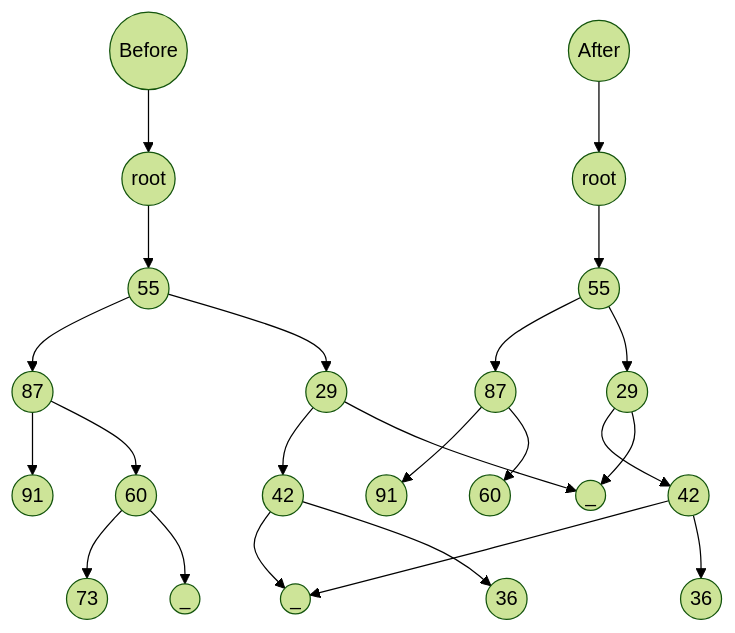
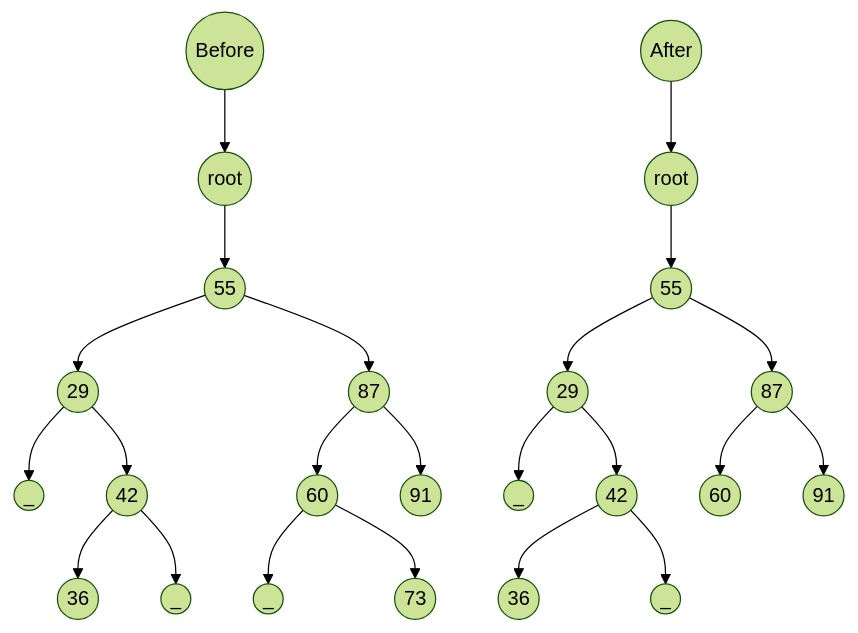
Before and after one commit to jayshozie/ceng301: diagram 11 of 11 in lecture-notes/w07.md, drawn with Mermaid (forest theme).

Commit message:
nrt in w07

````diff
--- a/lecture-notes/w07.md
+++ b/lecture-notes/w07.md
@@ -778,30 +778,30 @@
 ```mermaid
 graph TB
 
 Z((Before)) --> A1((root))
 A1 --> B1((55))
 
 B1 --> C1((29))
 C1 --> E0((_))
 C1 --> F1((42))
 F1 --> G1((36))
 F1 --> E1((_))
 
 B1 --> D1((87))
 D1 --> H1((60))
 H1 --> E2((_))
 H1 --> I1((73))
 D1 --> J1((91))
 
 Y((After)) --> A2((root))
 A2 --> B2((55))
 B2 --> C2((29))
-C2 --> E0((_))
+C2 --> E3((_))
 C2 --> F2((42))
 F2 --> G2((36))
-F2 --> E1((_))
+F2 --> E4((_))
 
 B2 --> D2((87))
 D2 --> H2((60))
 D2 --> I2((91))
 ```
````
